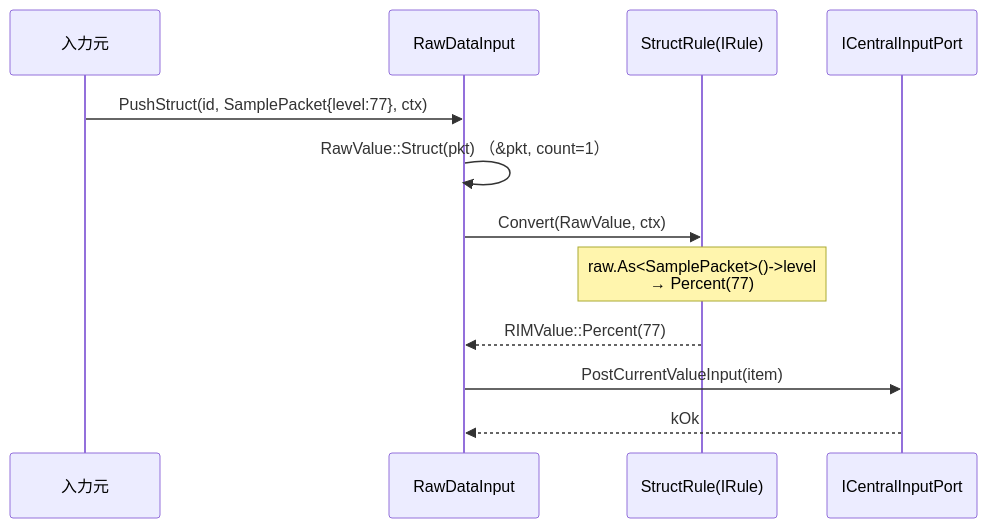
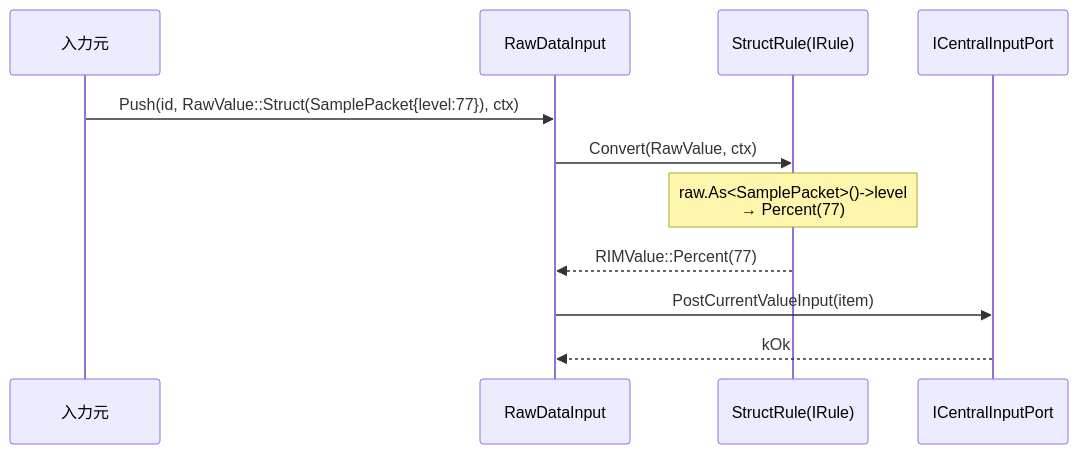
The third of 5 diagrams in docs/adapter/04_シーケンス図.md (ceedling-vxworks-test-generator/printer-fw), drawn with Mermaid before and after one commit. The commit also changed other lines of this file and 6 other files, not shown here.

First line of the commit message:
Consolidate RawDataInput's external Push API into a single Push(id, RawValue, ctx)

````diff
--- a/docs/adapter/04_シーケンス図.md
+++ b/docs/adapter/04_シーケンス図.md
@@ -53,15 +51,14 @@
 ```mermaid
 sequenceDiagram
     participant Ext as 入力元
     participant RDI as RawDataInput
     participant Rule as StructRule(IRule)
     participant Port as ICentralInputPort
 
-    Ext->>RDI: PushStruct(id, SamplePacket{level:77}, ctx)
-    RDI->>RDI: RawValue::Struct(pkt) （&pkt, count=1）
+    Ext->>RDI: Push(id, RawValue::Struct(SamplePacket{level:77}), ctx)
     RDI->>Rule: Convert(RawValue, ctx)
     Note over Rule: raw.As<SamplePacket>()->level<br/>→ Percent(77)
     Rule-->>RDI: RIMValue::Percent(77)
     RDI->>Port: PostCurrentValueInput(item)
     Port-->>RDI: kOk
 ```
````
